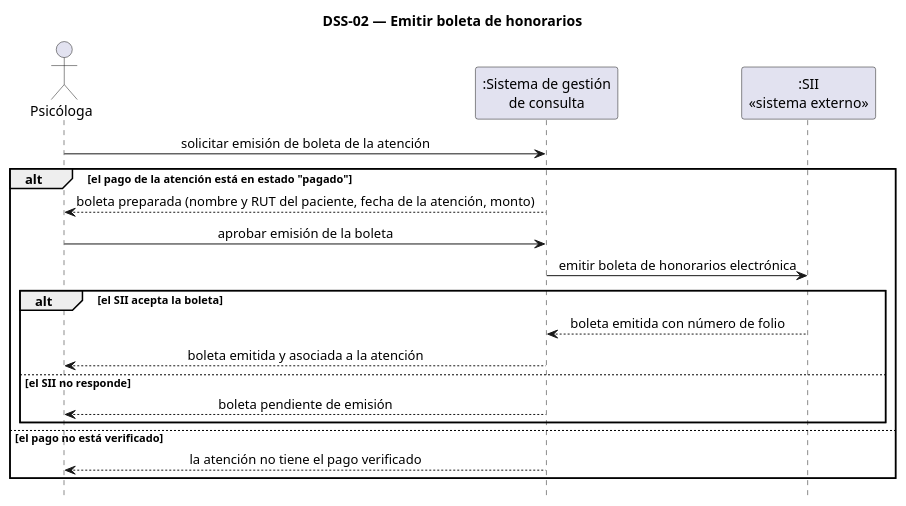
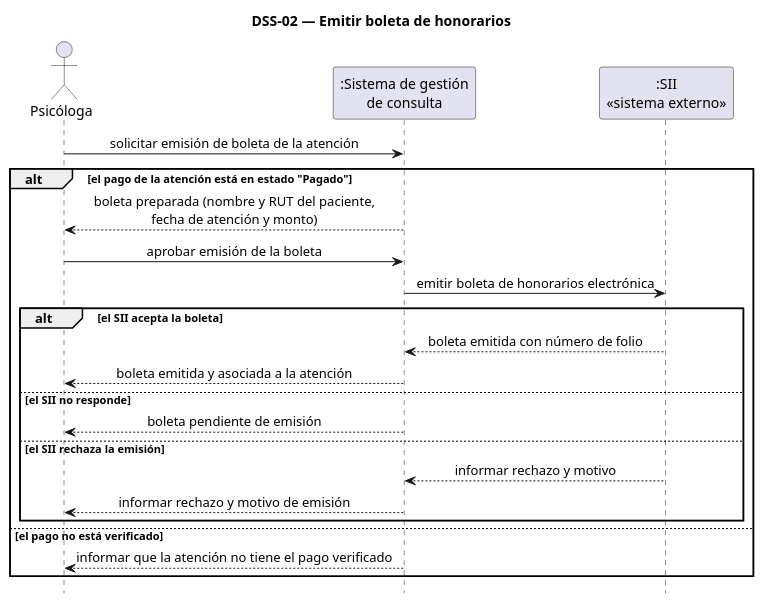
One commit to gestion-consulta-psicologica/ingenieria-requisitos changed the diagram in diagramas/dss-02.puml. Above: the diagram before and after it, drawn with PlantUML. The commit also changed 48 other files, not shown here.

```diff
--- a/diagramas/dss-02.puml
+++ b/diagramas/dss-02.puml
@@ -1,26 +1,34 @@
 @startuml dss-02
 ' DSS-02 — Emitir boleta (CU-08 / HU-07)
 skinparam shadowing false
 skinparam sequenceMessageAlign center
 hide footbox
+
 title DSS-02 — Emitir boleta de honorarios
 
 actor "Psicóloga" as PSI
 participant ":Sistema de gestión\nde consulta" as SIS
 participant ":SII\n<<sistema externo>>" as SII
 
 PSI -> SIS : solicitar emisión de boleta de la atención
-alt el pago de la atención está en estado "pagado"
-  SIS --> PSI : boleta preparada (nombre y RUT del paciente, fecha de la atención, monto)
+
+alt el pago de la atención está en estado "Pagado"
+  SIS --> PSI : boleta preparada (nombre y RUT del paciente,\nfecha de atención y monto)
   PSI -> SIS : aprobar emisión de la boleta
   SIS -> SII : emitir boleta de honorarios electrónica
+
   alt el SII acepta la boleta
     SII --> SIS : boleta emitida con número de folio
     SIS --> PSI : boleta emitida y asociada a la atención
   else el SII no responde
     SIS --> PSI : boleta pendiente de emisión
+  else el SII rechaza la emisión
+    SII --> SIS : informar rechazo y motivo
+    SIS --> PSI : informar rechazo y motivo de emisión
   end
+
 else el pago no está verificado
-  SIS --> PSI : la atención no tiene el pago verificado
+  SIS --> PSI : informar que la atención no tiene el pago verificado
 end
+
 @enduml
```
